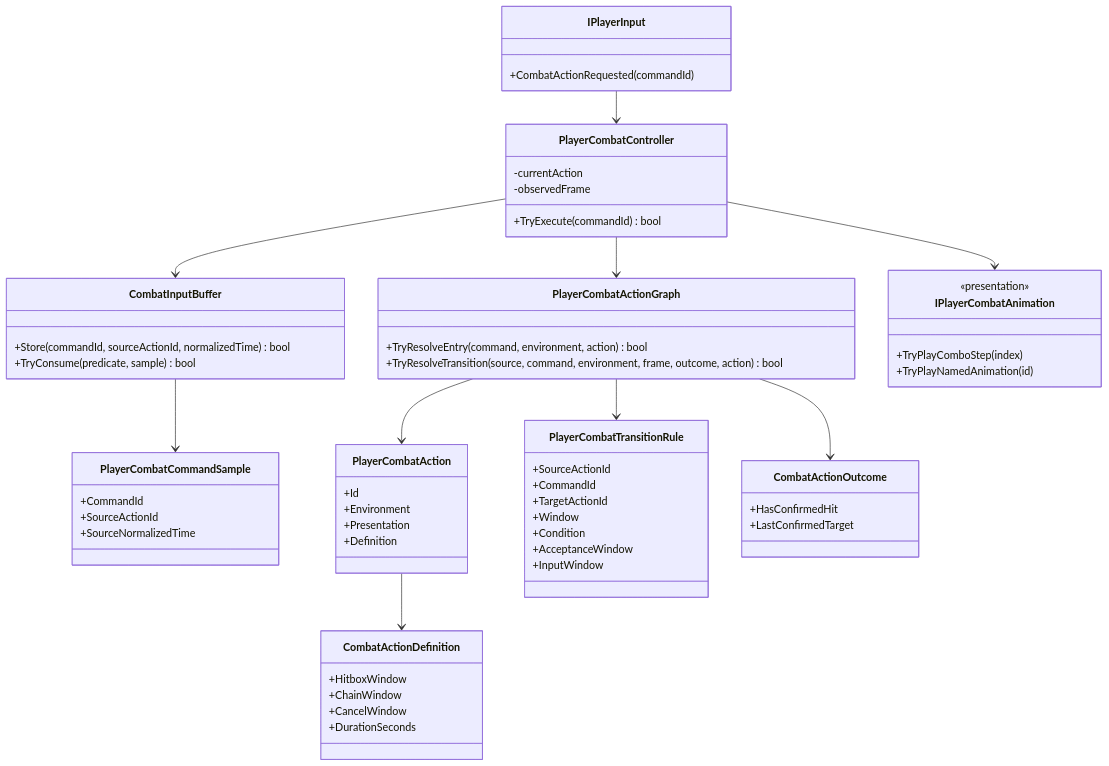
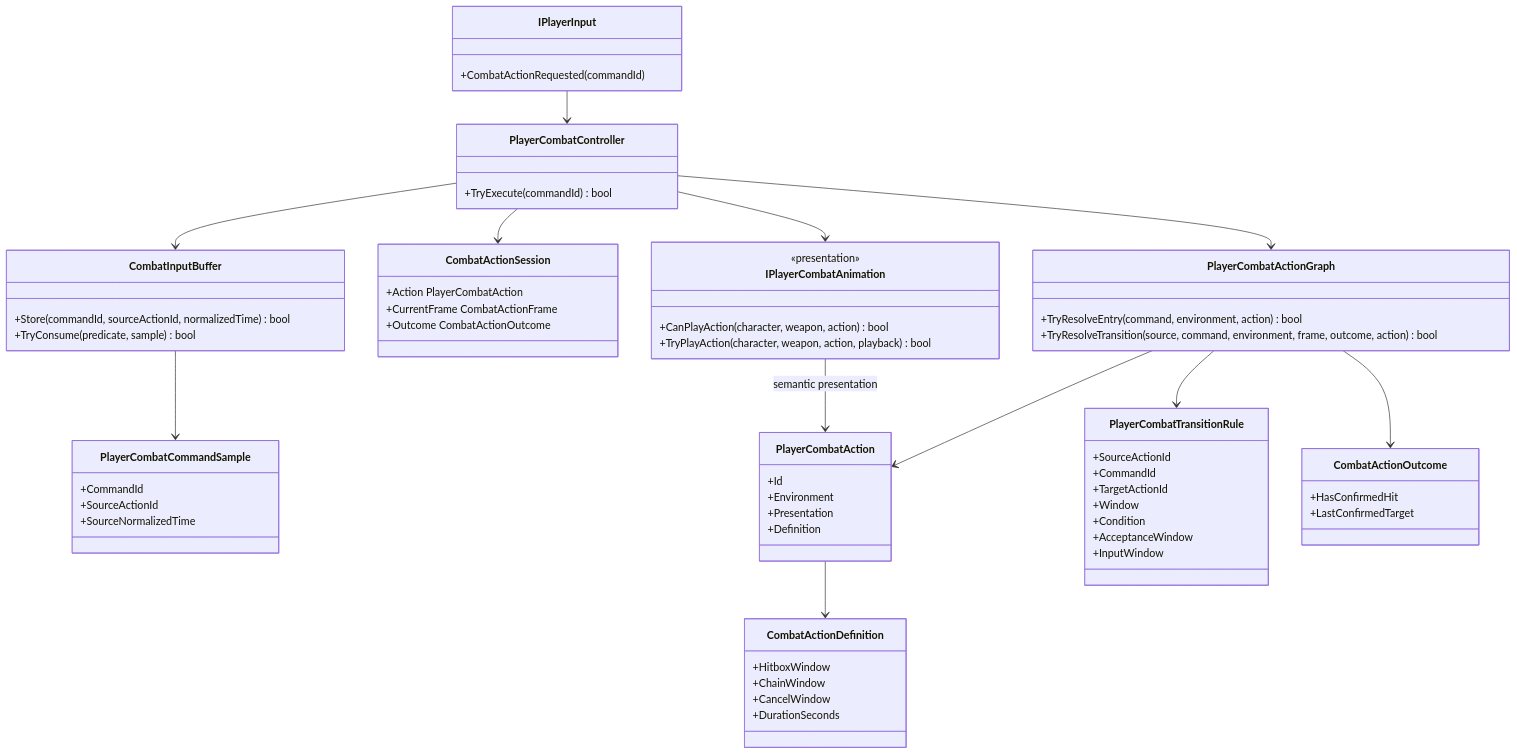
One commit to MaximFonariuc/project-s changed the diagram in Docs/Architecture/Combat.ComboGraph.md. Above: the diagram before and after it, drawn with Mermaid. The commit also changed 7 other files, not shown here.

Commit message:
refactor(combat): hide animation slot mapping

````diff
--- a/Docs/Architecture/Combat.ComboGraph.md
+++ b/Docs/Architecture/Combat.ComboGraph.md
@@ -10,64 +10,69 @@
 ```mermaid
 classDiagram
     class IPlayerInput {
         +CombatActionRequested(commandId)
     }
     class CombatInputBuffer {
         +Store(commandId, sourceActionId, normalizedTime) bool
         +TryConsume(predicate, sample) bool
     }
     class PlayerCombatCommandSample {
         +CommandId
         +SourceActionId
         +SourceNormalizedTime
     }
     class PlayerCombatController {
-        -currentAction
-        -observedFrame
         +TryExecute(commandId) bool
+    }
+    class CombatActionSession {
+        +Action PlayerCombatAction
+        +CurrentFrame CombatActionFrame
+        +Outcome CombatActionOutcome
     }
     class PlayerCombatActionGraph {
         +TryResolveEntry(command, environment, action) bool
         +TryResolveTransition(source, command, environment, frame, outcome, action) bool
     }
     class PlayerCombatAction {
         +Id
         +Environment
         +Presentation
         +Definition
     }
     class PlayerCombatTransitionRule {
         +SourceActionId
         +CommandId
         +TargetActionId
         +Window
         +Condition
         +AcceptanceWindow
         +InputWindow
     }
     class CombatActionDefinition {
         +HitboxWindow
         +ChainWindow
         +CancelWindow
         +DurationSeconds
     }
     class CombatActionOutcome {
         +HasConfirmedHit
         +LastConfirmedTarget
     }
     class IPlayerCombatAnimation {
         <<presentation>>
-        +TryPlayComboStep(index)
-        +TryPlayNamedAnimation(id)
+        +CanPlayAction(character, weapon, action) bool
+        +TryPlayAction(character, weapon, action, playback) bool
     }
 
     IPlayerInput --> PlayerCombatController
     PlayerCombatController --> CombatInputBuffer
+    PlayerCombatController --> CombatActionSession
     CombatInputBuffer --> PlayerCombatCommandSample
     PlayerCombatController --> PlayerCombatActionGraph
     PlayerCombatActionGraph --> PlayerCombatAction
     PlayerCombatActionGraph --> PlayerCombatTransitionRule
     PlayerCombatAction --> CombatActionDefinition
     PlayerCombatActionGraph --> CombatActionOutcome
     PlayerCombatController --> IPlayerCombatAnimation
+    IPlayerCombatAnimation --> PlayerCombatAction : semantic presentation
 ```
````
